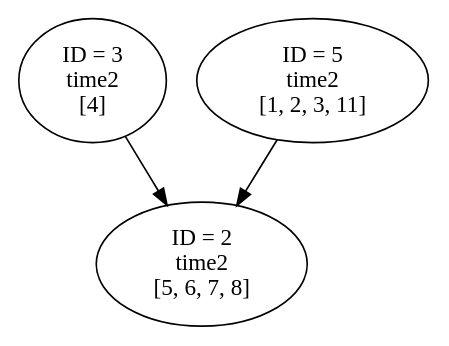
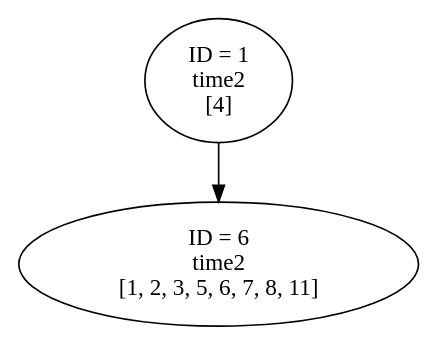
The diagram in gt/SCCGraph/graph2.gv (zzzzzec/work), drawn with Graphviz before and after one commit. The commit also changed 76 other files, not shown here.

```diff
--- a/gt/SCCGraph/graph2.gv
+++ b/gt/SCCGraph/graph2.gv
@@ -1,14 +1,10 @@
 // sccGraph2
 digraph {
-	3 [label="ID = 3
+	1 [label="ID = 1
 time2
 [4]"]
-	5 [label="ID = 5
+	6 [label="ID = 6
 time2
-[1, 2, 3, 11]"]
-	2 [label="ID = 2
-time2
-[5, 6, 7, 8]"]
-	3 -> 2
-	5 -> 2
+[1, 2, 3, 5, 6, 7, 8, 11]"]
+	1 -> 6
 }
```
